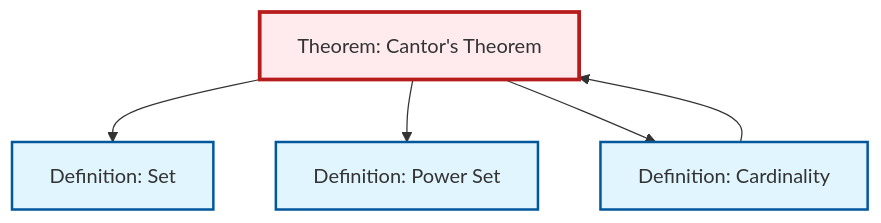
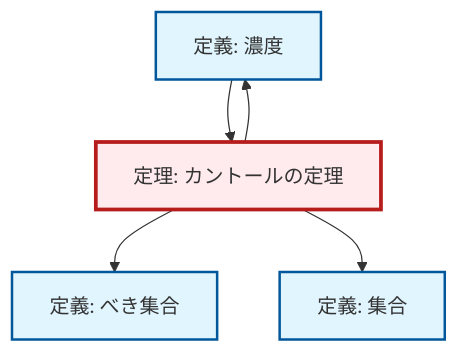
One commit to RK0429/ModernMath changed the second of 2 diagrams in content/ja/logic-set-theory/thm-cantor.qmd. Above: the diagram before and after it, drawn with Mermaid. The commit also changed 1069 other files, not shown here.

````diff
--- a/content/ja/logic-set-theory/thm-cantor.qmd
+++ b/content/ja/logic-set-theory/thm-cantor.qmd
@@ -72,21 +72,21 @@
 ```{mermaid}
 %%| fig-cap: "Local dependency graph"
 graph TD
     classDef definition fill:#e1f5fe,stroke:#01579b,stroke-width:2px
     classDef theorem fill:#f3e5f5,stroke:#4a148c,stroke-width:2px
     classDef axiom fill:#fff3e0,stroke:#e65100,stroke-width:2px
     classDef example fill:#e8f5e9,stroke:#1b5e20,stroke-width:2px
     classDef current fill:#ffebee,stroke:#b71c1c,stroke-width:3px
-    def-set["Definition: Set"]:::definition
-    def-power-set["Definition: Power Set"]:::definition
-    thm-cantor["Theorem: Cantor's Theorem"]:::theorem
-    def-cardinality["Definition: Cardinality"]:::definition
+    def-cardinality["定義: 濃度"]:::definition
+    thm-cantor["定理: カントールの定理"]:::theorem
+    def-power-set["定義: べき集合"]:::definition
+    def-set["定義: 集合"]:::definition
+    thm-cantor --> def-power-set
+    def-cardinality --> thm-cantor
+    thm-cantor --> def-cardinality
     thm-cantor --> def-set
-    def-cardinality --> thm-cantor
-    thm-cantor --> def-power-set
-    thm-cantor --> def-cardinality
     class thm-cantor current
-    click def-set "def-set.html" "Definition: Setへ"
-    click def-power-set "def-power-set.html" "Definition: Power Setへ"
-    click def-cardinality "def-cardinality.html" "Definition: Cardinalityへ"
+    click def-cardinality "def-cardinality.html" "濃度の定義へ"
+    click def-power-set "def-power-set.html" "べき集合の定義へ"
+    click def-set "def-set.html" "集合の定義へ"
 ```
````
